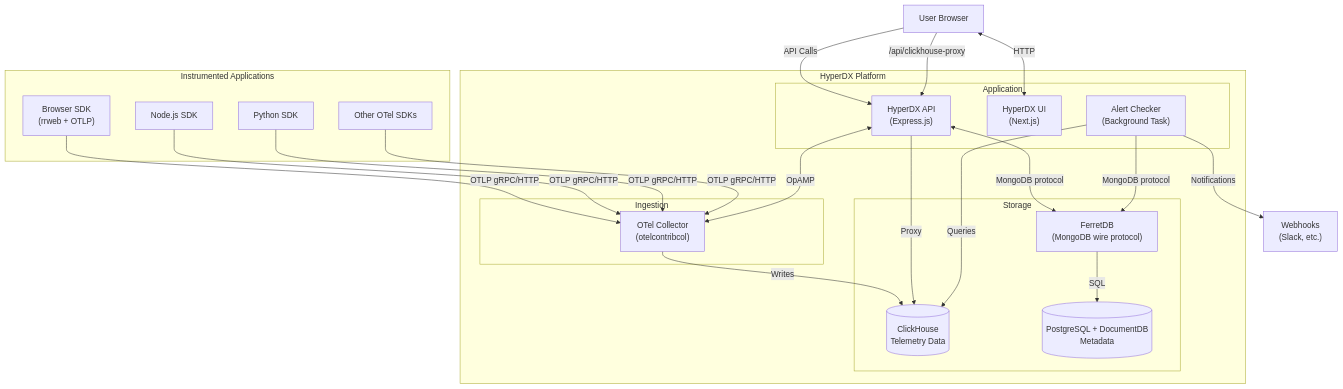
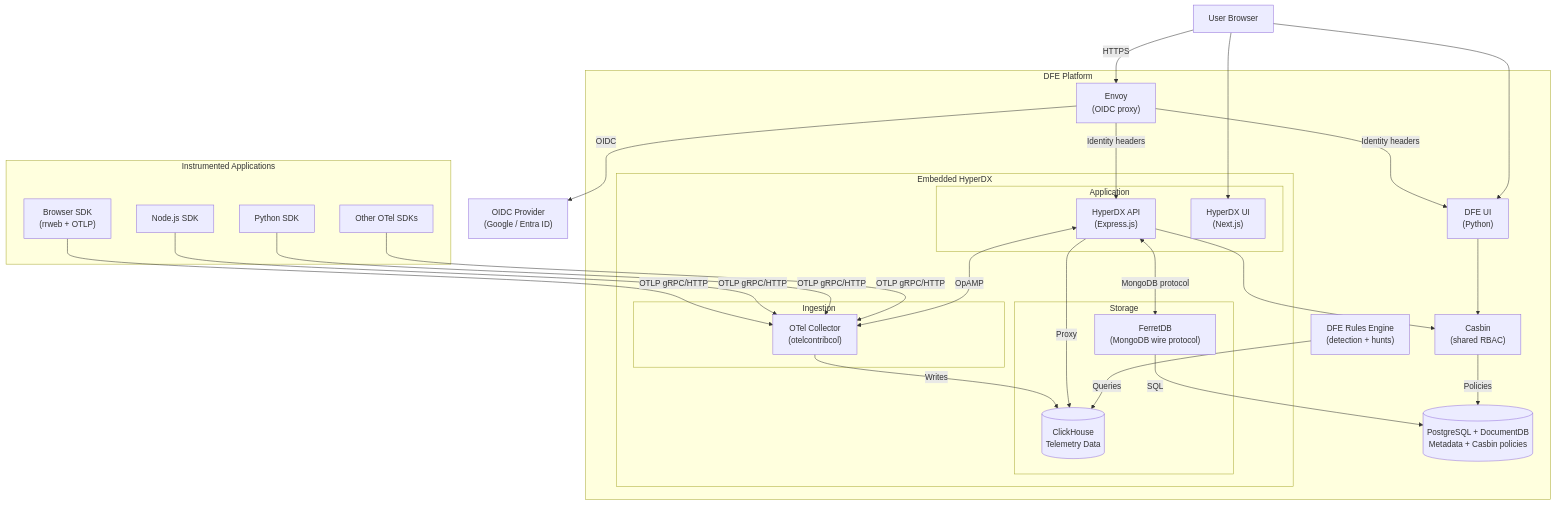
One commit to hyperi-io/hyperdx changed the first of 22 diagrams in DFE-ARCHITECTURE.md. Above: the diagram before and after it, drawn with Mermaid. The commit also changed other lines of this file, not shown here.

First line of the commit message:
docs: reframe as DFE-embedded HyperDX, add alerting and feasibility sections

````diff
--- a/DFE-ARCHITECTURE.md
+++ b/DFE-ARCHITECTURE.md
@@ -46,43 +54,54 @@
 ```mermaid
 graph TB
     subgraph "Instrumented Applications"
         SDK1["Browser SDK<br/>(rrweb + OTLP)"]
         SDK2["Node.js SDK"]
         SDK3["Python SDK"]
         SDK4["Other OTel SDKs"]
     end
 
-    subgraph "HyperDX Platform"
-        subgraph "Ingestion"
-            OTEL["OTel Collector<br/>(otelcontribcol)"]
+    subgraph "DFE Platform"
+        DFE_UI["DFE UI<br/>(Python)"]
+        DFE_RULES["DFE Rules Engine<br/>(detection + hunts)"]
+        CASBIN["Casbin<br/>(shared RBAC)"]
+        ENVOY["Envoy<br/>(OIDC proxy)"]
+
+        subgraph "Embedded HyperDX"
+            subgraph "Ingestion"
+                OTEL["OTel Collector<br/>(otelcontribcol)"]
+            end
+
+            subgraph "Storage"
+                CH[("ClickHouse<br/>Telemetry Data")]
+                FERRET["FerretDB<br/>(MongoDB wire protocol)"]
+            end
+
+            subgraph "Application"
+                API["HyperDX API<br/>(Express.js)"]
+                APP["HyperDX UI<br/>(Next.js)"]
+            end
         end
 
-        subgraph "Storage"
-            CH[("ClickHouse<br/>Telemetry Data")]
-            FERRET["FerretDB<br/>(MongoDB wire protocol)"]
-            PG[("PostgreSQL + DocumentDB<br/>Metadata")]
-        end
-
-        subgraph "Application"
-            API["HyperDX API<br/>(Express.js)"]
-            APP["HyperDX UI<br/>(Next.js)"]
-            ALERTS["Alert Checker<br/>(Background Task)"]
-        end
+        PG[("PostgreSQL + DocumentDB<br/>Metadata + Casbin policies")]
     end
 
     BROWSER["User Browser"]
-    WEBHOOKS["Webhooks<br/>(Slack, etc.)"]
+    OIDC["OIDC Provider<br/>(Google / Entra ID)"]
 
     SDK1 & SDK2 & SDK3 & SDK4 -->|"OTLP gRPC/HTTP"| OTEL
     OTEL -->|"Writes"| CH
     API <-->|"OpAMP"| OTEL
     API <-->|"MongoDB protocol"| FERRET
     FERRET -->|"SQL"| PG
     API -->|"Proxy"| CH
-    ALERTS -->|"Queries"| CH
-    ALERTS -->|"MongoDB protocol"| FERRET
-    ALERTS -->|"Notifications"| WEBHOOKS
-    BROWSER <-->|"HTTP"| APP
-    BROWSER -->|"API Calls"| API
-    BROWSER -->|"/api/clickhouse-proxy"| API
+    DFE_RULES -->|"Queries"| CH
+    DFE_UI --> CASBIN
+    API --> CASBIN
+    CASBIN -->|"Policies"| PG
+    BROWSER -->|"HTTPS"| ENVOY
+    ENVOY -->|"OIDC"| OIDC
+    ENVOY -->|"Identity headers"| API
+    ENVOY -->|"Identity headers"| DFE_UI
+    BROWSER --> DFE_UI
+    BROWSER --> APP
 ```
````
